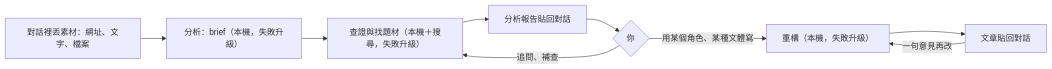
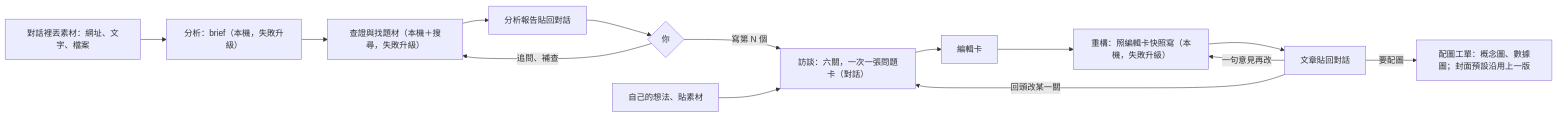
The diagram in docs/10-truth/requirements/prd.md (Zenobia000/evidence-forge), drawn with Mermaid before and after one commit. The commit also changed other lines of this file and 14 other files, not shown here.

Commit message:
docs(adr): decide the interview, seven genres and figure billing for the content workflow (#118)

````diff
--- a/docs/10-truth/requirements/prd.md
+++ b/docs/10-truth/requirements/prd.md
@@ -23,11 +25,16 @@
 ```mermaid
 flowchart LR
     A["對話裡丟素材：網址、文字、檔案"] --> B["分析：brief（本機，失敗升級）"]
     B --> C["查證與找題材（本機＋搜尋，失敗升級）"]
     C --> D["分析報告貼回對話"]
     D --> E{"你"}
     E -- "追問、補查" --> C
-    E -- "用某個角色、某種文體寫" --> F["重構（本機，失敗升級）"]
+    E -- "寫第 N 個" --> I["訪談：六關，一次一張問題卡（對話）"]
+    H["自己的想法、貼素材"] --> I
+    I --> K["編輯卡"]
+    K --> F["重構：照編輯卡快照寫（本機，失敗升級）"]
     F --> G["文章貼回對話"]
+    G -- "要配圖" --> J["配圖工單：概念圖、數據圖；封面預設沿用上一版"]
     G -- "一句意見再改" --> F
+    G -- "回頭改某一關" --> I
 ```
````
